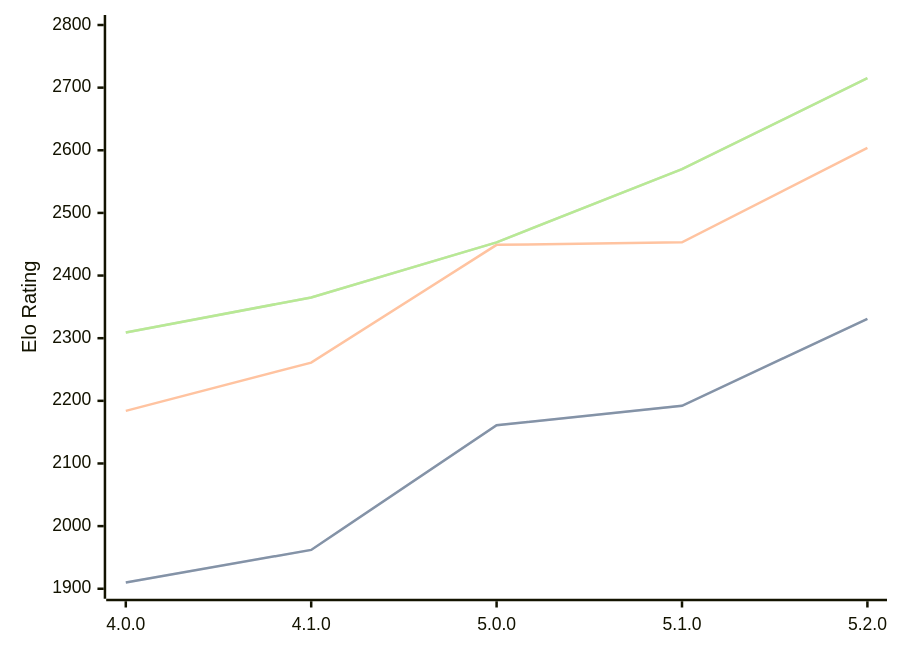
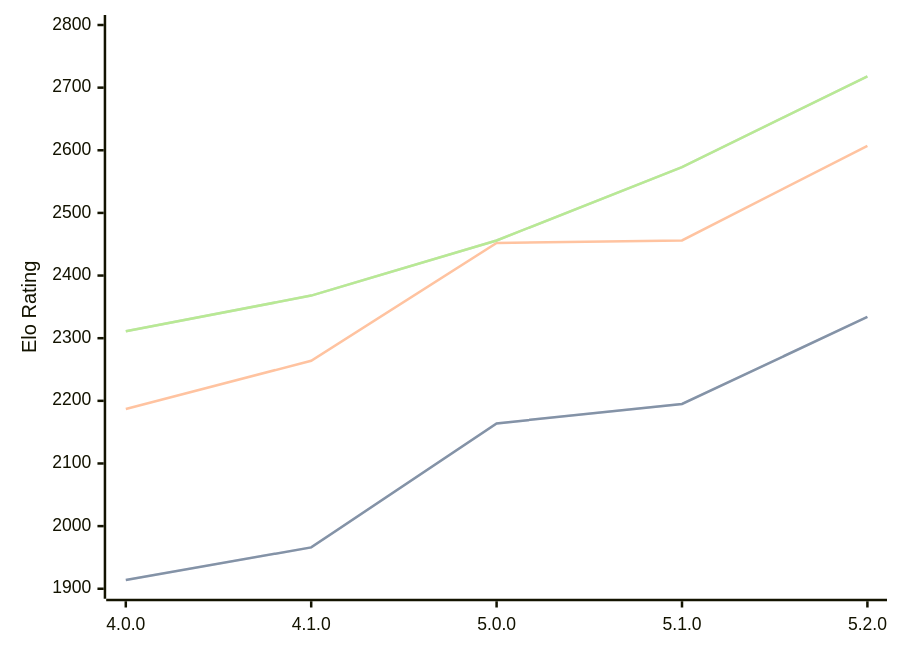
The diagram in engines/Aconcagua.md (computer-chess-index/cci), drawn with Mermaid before and after one commit. The commit also changed other lines of this file, not shown here.

Commit message:
Update CCI Ratings (ELO VLTC) - 2026-09-24

````diff
--- a/engines/Aconcagua.md
+++ b/engines/Aconcagua.md
@@ -35,11 +35,11 @@
 ```mermaid
 %%{init: {"theme":"base","themeVariables":{"seriesColors:['#a3a3a3','#222221','#faa371']}}}%%
 xychart-beta
   x-axis ["4.0.0", "4.1.0", "5.0.0", "5.1.0", "5.2.0"]
   y-axis "Elo Rating" 1900 --> 2800
-  line "" [1910, 1962, 2161, 2192, 2331]
-  line "STC (8.0+0.08s)" [1910, 1962, 2161, 2192, 2331]
-  line "LTC (60.0+0.60s)" [2184, 2261, 2449, 2453, 2604]
-  line "" [2309, 2365, 2453, 2570, 2715]
-  line "VLTC (2m24s+1.12s)" [2309, 2365, 2453, 2570, 2715]
+  line "" [1914, 1966, 2164, 2195, 2334]
+  line "STC (8.0+0.08s)" [1914, 1966, 2164, 2195, 2334]
+  line "LTC (60.0+0.60s)" [2187, 2264, 2452, 2456, 2607]
+  line "" [2311, 2368, 2456, 2573, 2718]
+  line "VLTC (2m24s+1.12s)" [2311, 2368, 2456, 2573, 2718]
 ```
````
